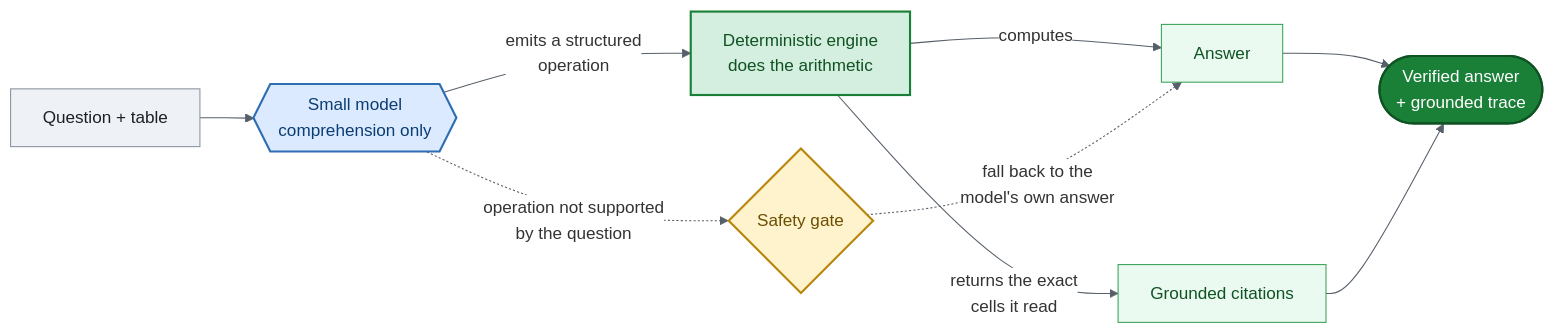
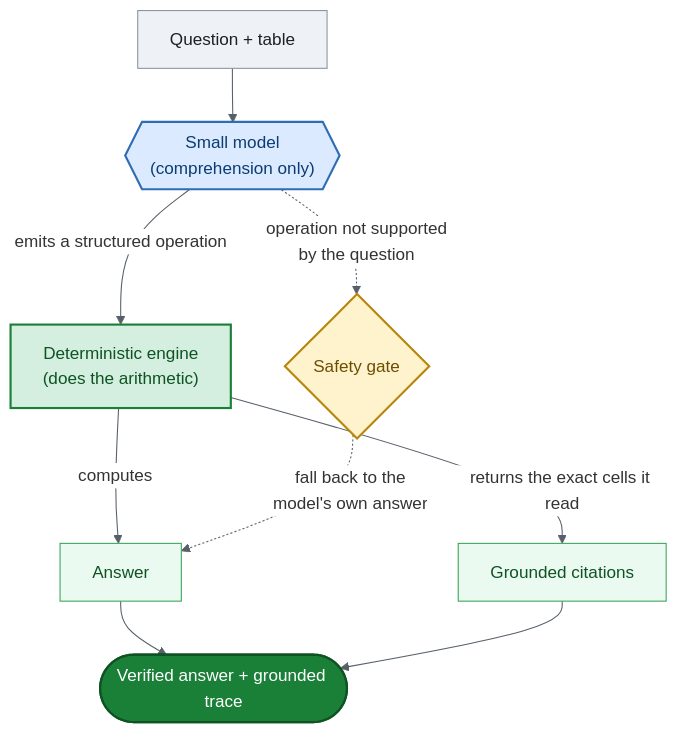
The diagram in README.md (AmandineFlachs/grounded-table-sft), drawn with Mermaid before and after one commit.

Commit message:
docs: switch How-it-works flowchart to vertical layout for legibility
A wide left-to-right diagram gets scaled down to fit the README column,
shrinking the text. A top-to-bottom layout is narrower than the column, so
GitHub renders it at full size with large, readable labels. Same color
coding; reordered edges so the model's two branches (engine / safety gate)
read top-down.

````diff
--- a/README.md
+++ b/README.md
@@ -33,19 +33,19 @@
 ```mermaid
 %%{init: {'theme':'base', 'themeVariables': {'lineColor':'#57606a','edgeLabelBackground':'#ffffff'}}}%%
-flowchart LR
-    Q["Question + table"]:::input --> M{{"Small model<br/>comprehension only"}}:::model
-    M -->|"emits a structured<br/>operation"| E["Deterministic engine<br/>does the arithmetic"]:::engine
+flowchart TB
+    Q["Question + table"]:::input --> M{{"Small model<br/>(comprehension only)"}}:::model
+    M -->|"emits a structured operation"| E["Deterministic engine<br/>(does the arithmetic)"]:::engine
+    M -.->|"operation not supported<br/>by the question"| GATE{"Safety gate"}:::gate
     E -->|"computes"| A["Answer"]:::answer
-    E -->|"returns the exact<br/>cells it read"| G["Grounded citations"]:::answer
-    M -.->|"operation not supported<br/>by the question"| GATE{"Safety gate"}:::gate
+    E -->|"returns the exact cells it read"| G["Grounded citations"]:::answer
     GATE -.->|"fall back to the<br/>model's own answer"| A
-    A --> OUT(["Verified answer<br/>+ grounded trace"]):::output
+    A --> OUT(["Verified answer + grounded trace"]):::output
     G --> OUT
 
     classDef input  fill:#eef1f5,stroke:#8b949e,color:#1c2128
     classDef model  fill:#dbeafe,stroke:#2f6db3,color:#0b3d73,stroke-width:2px
     classDef engine fill:#d4efdf,stroke:#1a7f37,color:#0f5323,stroke-width:2px
     classDef answer fill:#eafaf0,stroke:#3aa35a,color:#0f5323
     classDef gate   fill:#fff3cd,stroke:#b8860b,color:#6b4e00,stroke-width:2px
     classDef output fill:#1a7f37,stroke:#0f5323,color:#ffffff,stroke-width:2px
 ```
````
